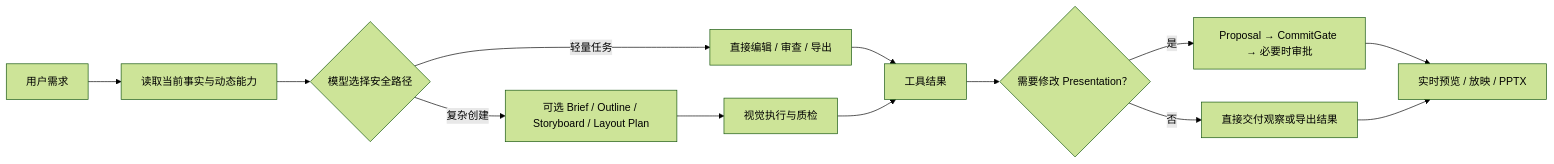
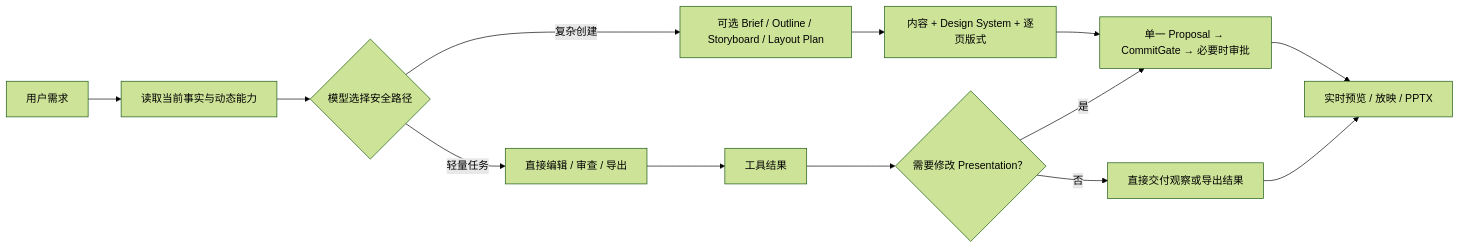
One commit to putl-dream/ppt changed the diagram in README.md. Above: the diagram before and after it, drawn with Mermaid (forest theme). The commit also changed other lines of this file and 97 other files, not shown here.

````diff
--- a/README.md
+++ b/README.md
@@ -40,15 +42,15 @@
 ```mermaid
 flowchart LR
   A["用户需求"] --> B["读取当前事实与动态能力"]
   B --> C{"模型选择安全路径"}
   C -->|复杂创建| D["可选 Brief / Outline / Storyboard / Layout Plan"]
   C -->|轻量任务| E["直接编辑 / 审查 / 导出"]
-  D --> F["视觉执行与质检"]
+  D --> F["内容 + Design System + 逐页版式"]
   E --> G["工具结果"]
-  F --> G
+  F --> I["单一 Proposal → CommitGate → 必要时审批"]
   G --> H{"需要修改 Presentation？"}
-  H -->|是| I["Proposal → CommitGate → 必要时审批"]
+  H -->|是| I
   H -->|否| J["直接交付观察或导出结果"]
   I --> K["实时预览 / 放映 / PPTX"]
   J --> K
 ```
````
